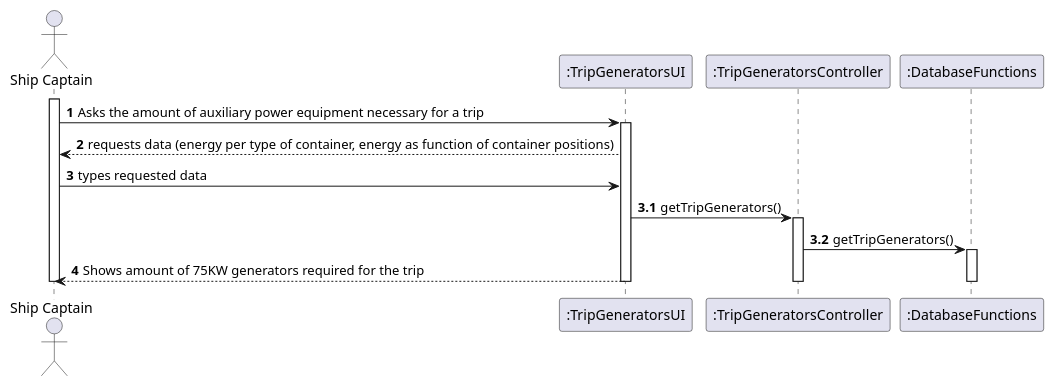
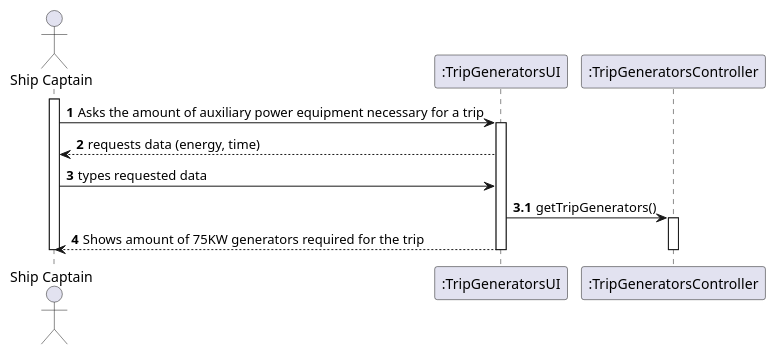
The diagram in docs/Sprint 4/US/US415/US415_SD.puml (1190772/LAB-Project-3), drawn with PlantUML before and after one commit. The commit also changed 12 other files, not shown here.

```diff
--- a/docs/Sprint 4/US/US415/US415_SD.puml
+++ b/docs/Sprint 4/US/US415/US415_SD.puml
@@ -1,36 +1,31 @@
 @startuml
 'https://plantuml.com/sequence-diagram
 
 autonumber
 
 actor "Ship Captain" as SP
 
 participant ":TripGeneratorsUI" as UI
 participant ":TripGeneratorsController" as CTRL
-participant ":DatabaseFunctions" as TRIPS
 
 activate SP
 SP -> UI : Asks the amount of auxiliary power equipment necessary for a trip
 
 activate UI
-UI --> SP : requests data (energy per type of container, energy as function of container positions)
+UI --> SP : requests data (energy, time)
 
 SP -> UI : types requested data
 
 autonumber 3.1
 
 UI -> CTRL : getTripGenerators()
 activate CTRL
 
-CTRL -> TRIPS : getTripGenerators()
-activate TRIPS
-
 autonumber 4
 
 UI --> SP : Shows amount of 75KW generators required for the trip
 
-deactivate TRIPS
 deactivate CTRL
 deactivate UI
 deactivate SP
 @enduml
```
